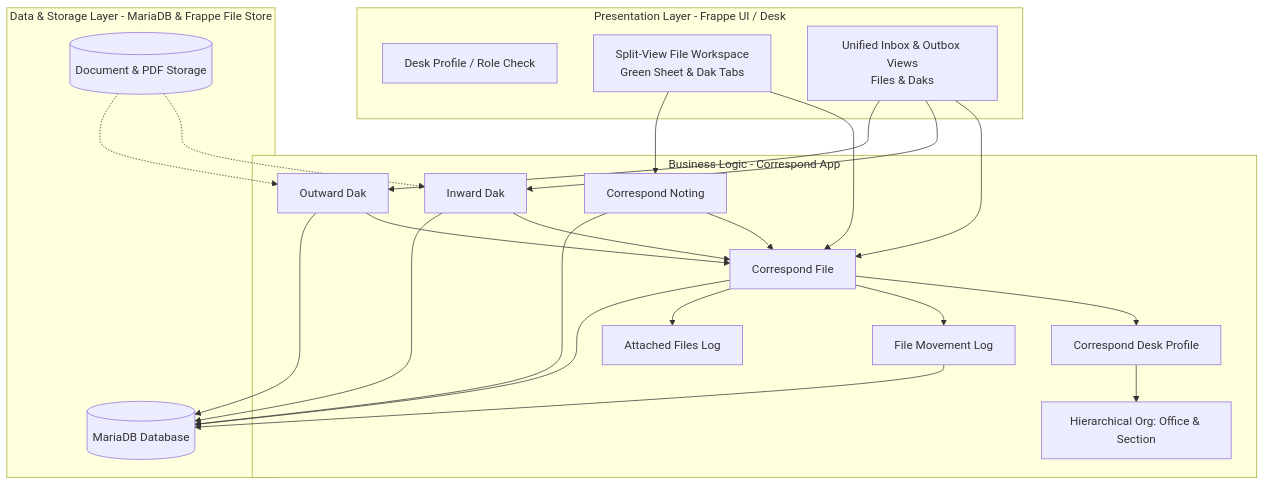
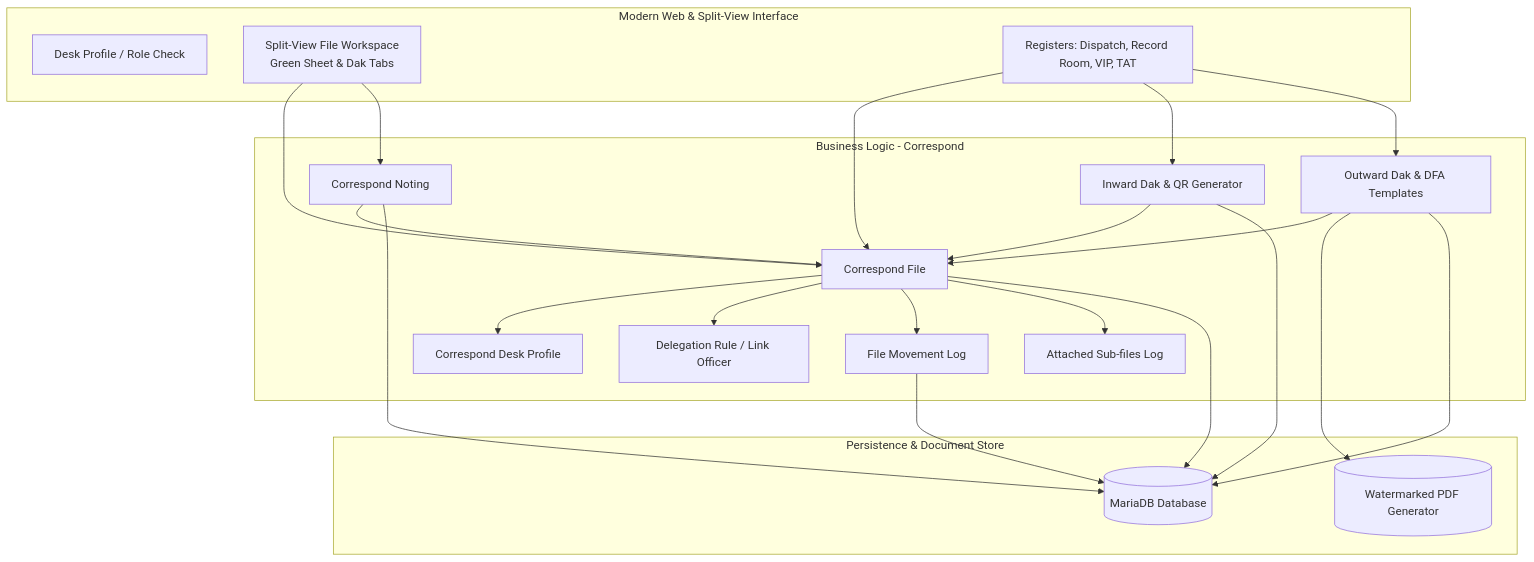
The first of 2 diagrams in blueprint.md (mdfaisalpapa/Correspond), drawn with Mermaid before and after one commit. The commit also changed other lines of this file, not shown here.

````diff
--- a/blueprint.md
+++ b/blueprint.md
@@ -89,44 +69,43 @@
 ```mermaid
 graph TD
-    subgraph Frontend [Presentation Layer - Frappe UI / Desk]
+    subgraph Presentation [Modern Web & Split-View Interface]
         UI_Desk[Desk Profile / Role Check]
         UI_Split[Split-View File Workspace<br/>Green Sheet & Dak Tabs]
-        UI_Reports[Unified Inbox & Outbox Views<br/>Files & Daks]
+        UI_Reports[Registers: Dispatch, Record Room, VIP, TAT]
     end
 
-    subgraph Core [Business Logic - Correspond App]
+    subgraph Core [Business Logic - Correspond]
         DP[Correspond Desk Profile]
+        DEL[Delegation Rule / Link Officer]
         CF[Correspond File]
         CN[Correspond Noting]
         FML[File Movement Log]
-        ID[Inward Dak]
-        OD[Outward Dak]
-        AFL[Attached Files Log]
-        ORG[Hierarchical Org: Office & Section]
+        ID[Inward Dak & QR Generator]
+        OD[Outward Dak & DFA Templates]
+        AFL[Attached Sub-files Log]
     end
 
-    subgraph Data [Data & Storage Layer - MariaDB & Frappe File Store]
+    subgraph Storage [Persistence & Document Store]
         DB[(MariaDB Database)]
-        Storage[(Document & PDF Storage)]
+        PDF[(Watermarked PDF Generator)]
     end
 
     UI_Split --> CF
     UI_Split --> CN
     UI_Reports --> CF
     UI_Reports --> ID
     UI_Reports --> OD
     CF --> DP
+    CF --> DEL
     CF --> FML
     CF --> AFL
     CN --> CF
     ID --> CF
     OD --> CF
-    DP --> ORG
+    OD --> PDF
     CF --> DB
     CN --> DB
     ID --> DB
     OD --> DB
     FML --> DB
-    Storage -.-> ID
-    Storage -.-> OD
 ```
````
